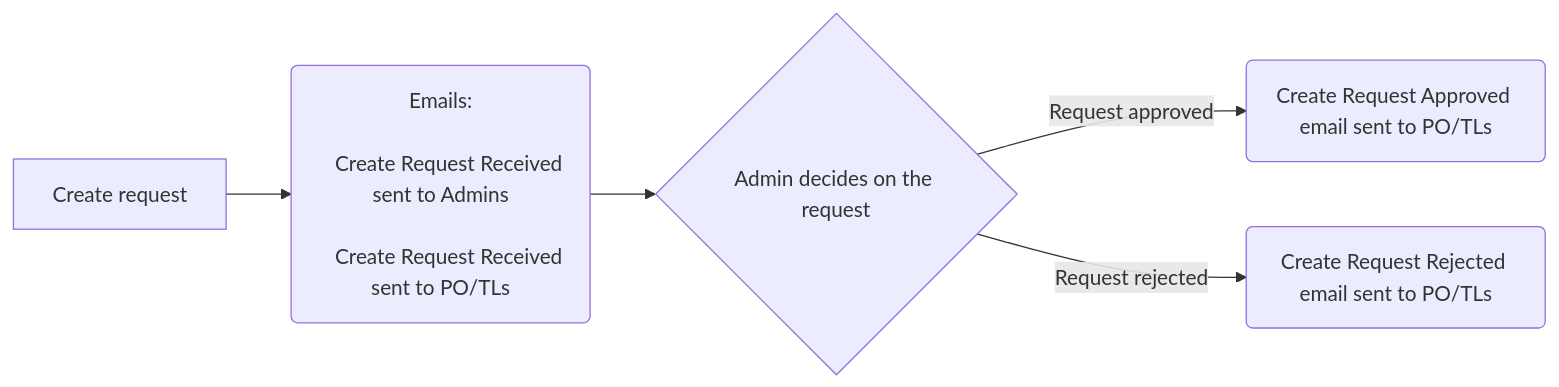
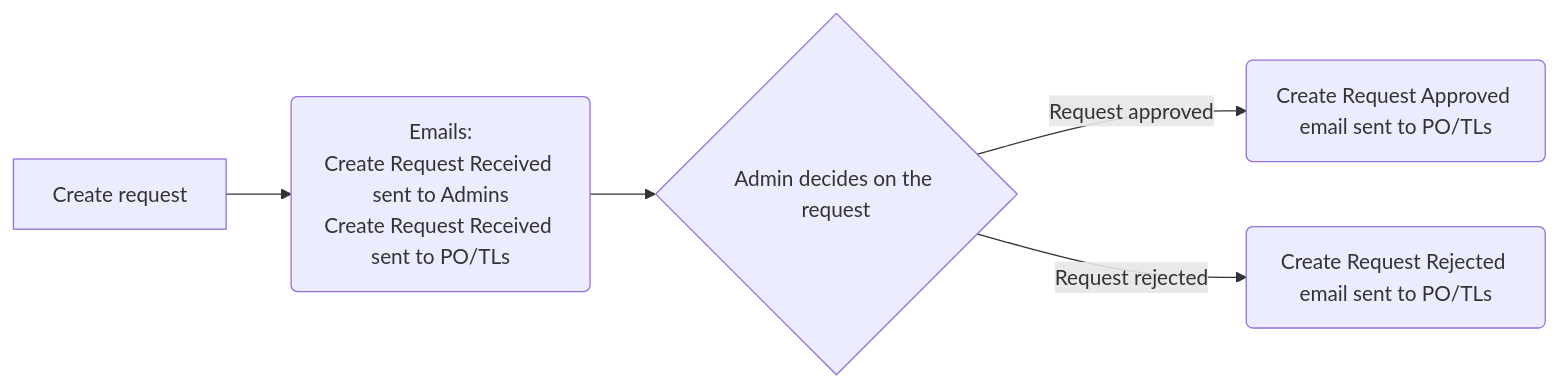
The first of 4 diagrams in docs/email-scenarios.md (bcgov/platform-services-registry), drawn with Mermaid before and after one commit. The commit also changed other lines of this file, not shown here.

Commit message:
new line add to mermaid diagram

````diff
--- a/docs/email-scenarios.md
+++ b/docs/email-scenarios.md
@@ -28,10 +28,8 @@
 ```mermaid
 flowchart LR
-    A[Create request] --> B(Emails:<br>
-    Create Request Received sent to Admins<br>
-    Create Request Received sent to PO/TLs
+    A[Create request] --> B(Emails:<br>Create Request Received sent to Admins<br>Create Request Received sent to PO/TLs
     )
     B --> C{Admin decides on the request}
     C -->|Request approved| D(Create Request Approved email sent to PO/TLs)
     C -->|Request rejected| E(Create Request Rejected email sent to PO/TLs)
 ```
````
